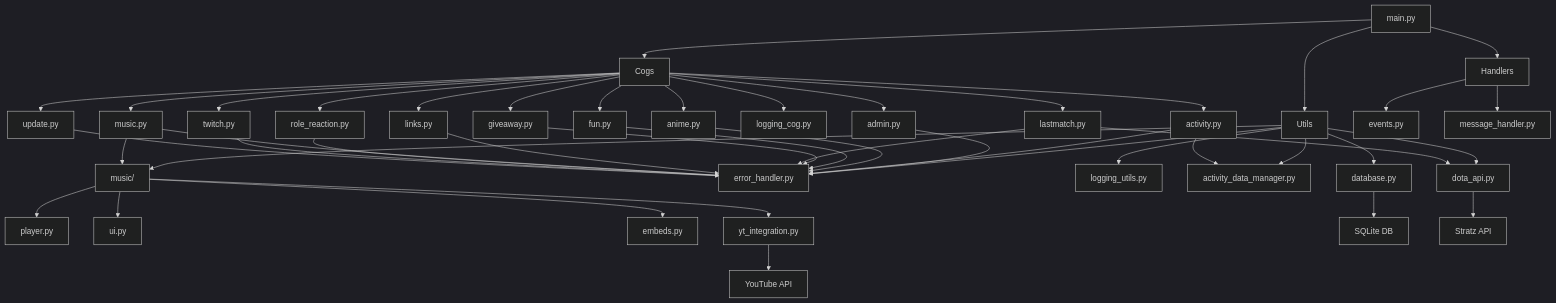
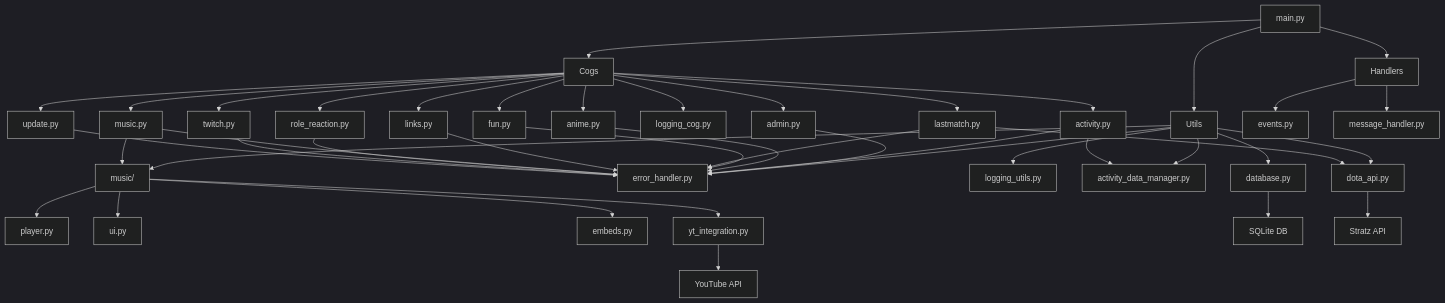
Before and after one commit to Twinlab/pd_bot: the sixth of 8 diagrams in docs/ARCHITECTURE.md, drawn with Mermaid (dark theme). The commit also changed other lines of this file and 26 other files, not shown here.

````diff
--- a/docs/ARCHITECTURE.md
+++ b/docs/ARCHITECTURE.md
@@ -157,54 +156,52 @@
 ```mermaid
 graph TD
     A[main.py] --> B[Cogs]
     A --> C[Handlers]
     A --> D[Utils]
 
     B --> B1[admin.py]
     B --> B2[activity.py]
     B --> B3[anime.py]
     B --> B4[fun.py]
-    B --> B5[giveaway.py]
     B --> B6[lastmatch.py]
     B --> B7[links.py]
     B --> B8[logging_cog.py]
     B --> B9[music.py]
     B --> B10[role_reaction.py]
     B --> B11[twitch.py]
     B --> B12[update.py]
 
     C --> C1[events.py]
     C --> C2[message_handler.py]
 
     D --> D1[database.py]
     D --> D2[error_handler.py]
     D --> D3[logging_utils.py]
     D --> D4[activity_data_manager.py]
     D --> D5[dota_api.py]
     D --> D6[music/]
 
     D6 --> D6_1[player.py]
     D6 --> D6_2[ui.py]
     D6 --> D6_3[embeds.py]
     D6 --> D6_4[yt_integration.py]
 
     B2 --> D4
     B6 --> D5
     B9 --> D6
 
     B1 --> D2
     B2 --> D2
     B3 --> D2
     B4 --> D2
-    B5 --> D2
     B6 --> D2
     B7 --> D2
     B9 --> D2
     B10 --> D2
     B11 --> D2
     B12 --> D2
 
     D1 --> E[SQLite DB]
     D5 --> F[Stratz API]
     D6_4 --> G[YouTube API]
 ```
````
